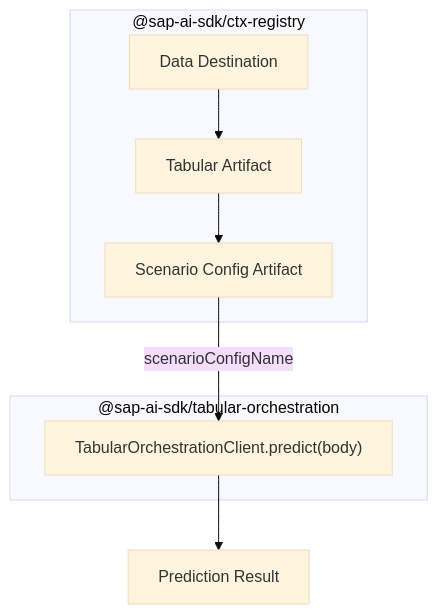
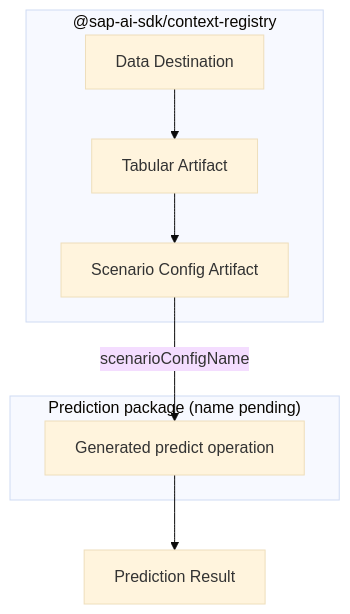
Before and after one commit to SAP/ai-sdk-js: the diagram in adr/009-tabular-orchestration-release-strategy.md, drawn with Mermaid (base theme). The commit also changed other lines of this file and 2 other files, not shown here.

````diff
--- a/adr/009-tabular-orchestration-release-strategy.md
+++ b/adr/009-tabular-orchestration-release-strategy.md
@@ -18,16 +18,16 @@
 ```mermaid
 flowchart TD
-    subgraph ctx ["@sap-ai-sdk/ctx-registry"]
+    subgraph ctx ["@sap-ai-sdk/context-registry"]
         DD[Data Destination]
         TA[Tabular Artifact]
         SC[Scenario Config Artifact]
         DD --> TA --> SC
     end
 
-    subgraph pred ["@sap-ai-sdk/tabular-orchestration"]
-        PC["TabularOrchestrationClient.predict(body)"]
+    subgraph pred ["Prediction package (name pending)"]
+        PC["Generated predict operation"]
     end
 
     SC -- scenarioConfigName --> PC
     PC --> Result[Prediction Result]
 ```
````
